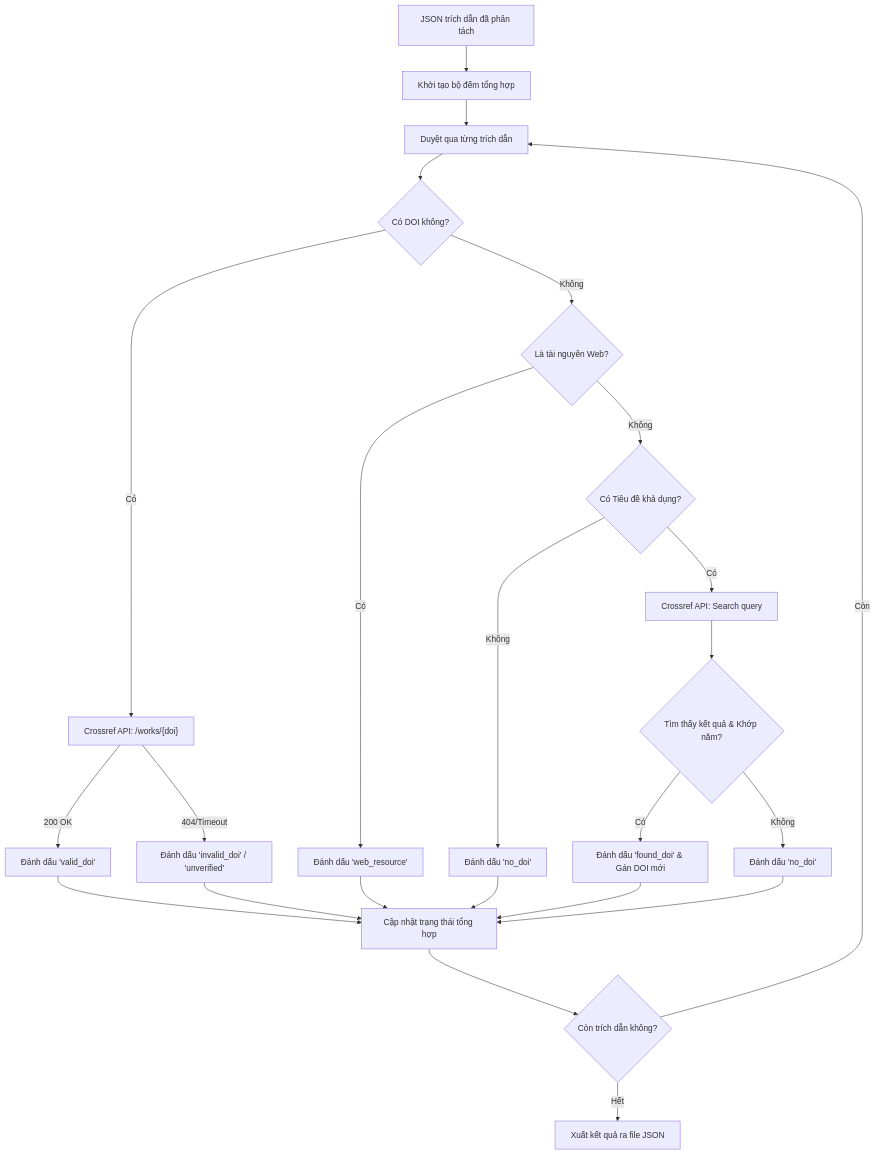
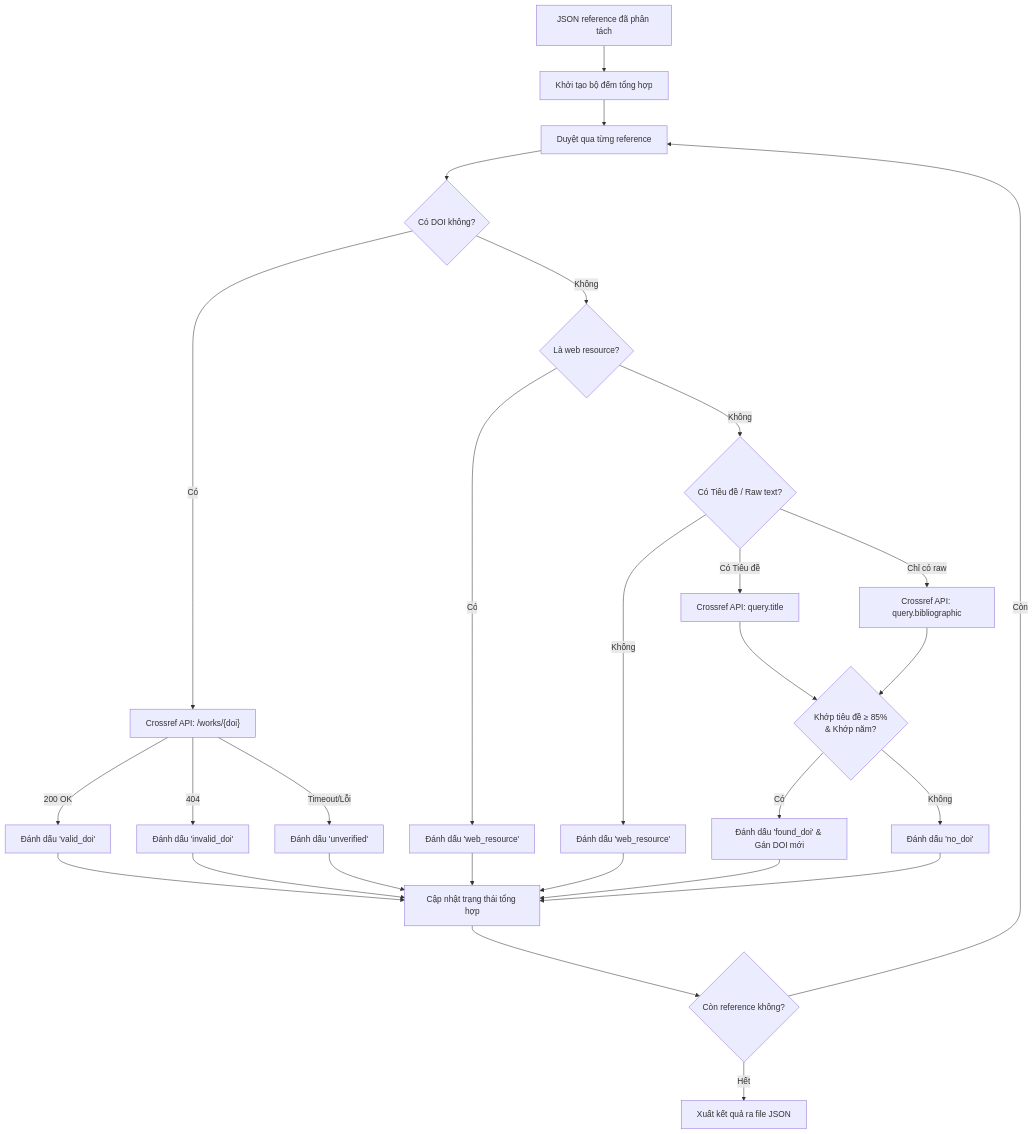
Before and after one commit to Jakiduy1410/DOI_checking: the second of 2 diagrams in README.md, drawn with Mermaid. The commit also changed other lines of this file and 56 other files, not shown here.

````diff
--- a/README.md
+++ b/README.md
@@ -73,32 +145,36 @@
 ```mermaid
 flowchart TD
-    A[JSON trích dẫn đã phân tách] --> B[Khởi tạo bộ đếm tổng hợp]
-    B --> C[Duyệt qua từng trích dẫn]
-    
+    A[JSON reference đã phân tách] --> B[Khởi tạo bộ đếm tổng hợp]
+    B --> C[Duyệt qua từng reference]
+
     C --> F{Có DOI không?}
     F -- Có --> G["Crossref API: /works/{doi}"]
     G -- 200 OK --> H[Đánh dấu 'valid_doi']
-    G -- 404/Timeout --> I[Đánh dấu 'invalid_doi' / 'unverified']
-    
-    F -- Không --> D{Là tài nguyên Web?}
+    G -- 404 --> I[Đánh dấu 'invalid_doi']
+    G -- Timeout/Lỗi --> I2[Đánh dấu 'unverified']
+
+    F -- Không --> D{Là web resource?}
     D -- Có --> E[Đánh dấu 'web_resource']
-    
-    D -- Không --> K{Có Tiêu đề khả dụng?}
-    K -- Không --> L[Đánh dấu 'no_doi']
-    K -- Có --> M[Crossref API: Search query]
-    
-    M --> N{Tìm thấy kết quả & Khớp năm?}
+
+    D -- Không --> K{Có Tiêu đề / Raw text?}
+    K -- Không --> L[Đánh dấu 'web_resource']
+    K -- Có Tiêu đề --> M[Crossref API: query.title]
+    K -- Chỉ có raw --> M2[Crossref API: query.bibliographic]
+
+    M --> N{"Khớp tiêu đề ≥ 85%\n& Khớp năm?"}
+    M2 --> N
     N -- Có --> O[Đánh dấu 'found_doi' & Gán DOI mới]
     N -- Không --> P[Đánh dấu 'no_doi']
-    
+
     E --> Q[Cập nhật trạng thái tổng hợp]
     H --> Q
     I --> Q
+    I2 --> Q
     L --> Q
     O --> Q
     P --> Q
-    
-    Q --> R{Còn trích dẫn không?}
+
+    Q --> R{Còn reference không?}
     R -- Còn --> C
     R -- Hết --> S[Xuất kết quả ra file JSON]
 ```
````
